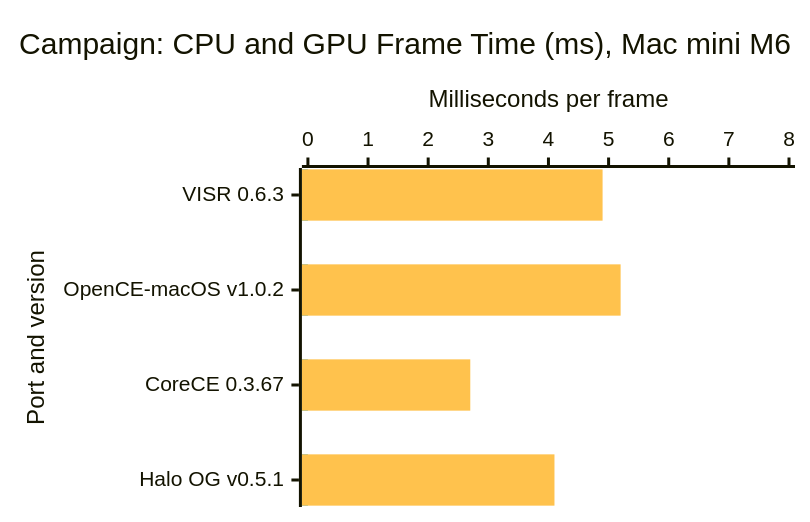
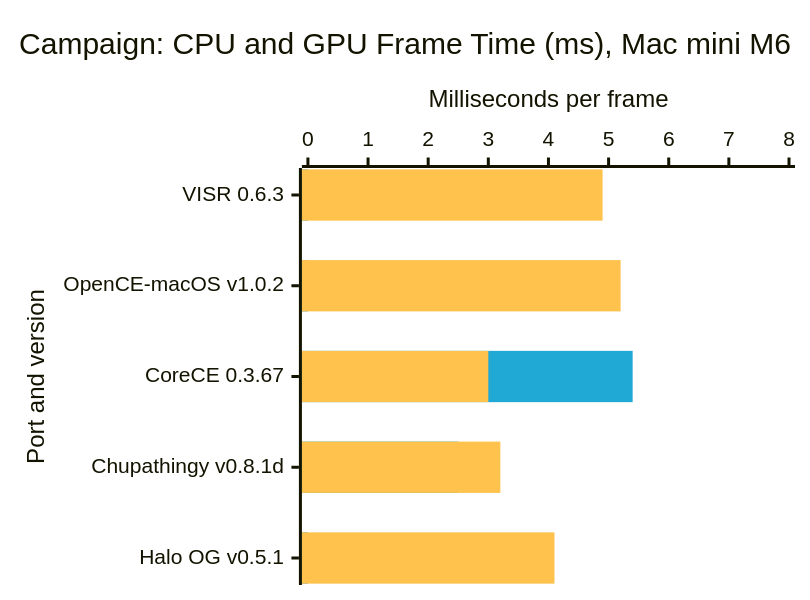
The first of 8 diagrams in docs/benchmarks.md (VISR-CE/visr), drawn with Mermaid before and after one commit. The commit also changed other lines of this file and 3 other files, not shown here.

````diff
--- a/docs/benchmarks.md
+++ b/docs/benchmarks.md
@@ -19,17 +19,17 @@
 ```mermaid
 ---
 config:
   xyChart:
     width: 520
-    height: 328
+    height: 380
   themeVariables:
     xyChart:
       plotColorPalette: "#1fa9d4, #ffc24d"
 ---
 xychart-beta horizontal
     title "Campaign: CPU and GPU Frame Time (ms), Mac mini M6"
-    x-axis "Port and version" ["VISR 0.6.3", "OpenCE-macOS v1.0.2", "CoreCE 0.3.67", "Halo OG v0.5.1"]
+    x-axis "Port and version" ["VISR 0.6.3", "OpenCE-macOS v1.0.2", "CoreCE 0.3.67", "Chupathingy v0.8.1d", "Halo OG v0.5.1"]
     y-axis "Milliseconds per frame" 0 --> 8
-    bar [0, 0, 0, 0]
-    bar [4.9, 5.2, 2.7, 4.1]
+    bar [0, 0, 5.4, 2.5, 0]
+    bar [4.9, 5.2, 3, 3.2, 4.1]
 ```
````
